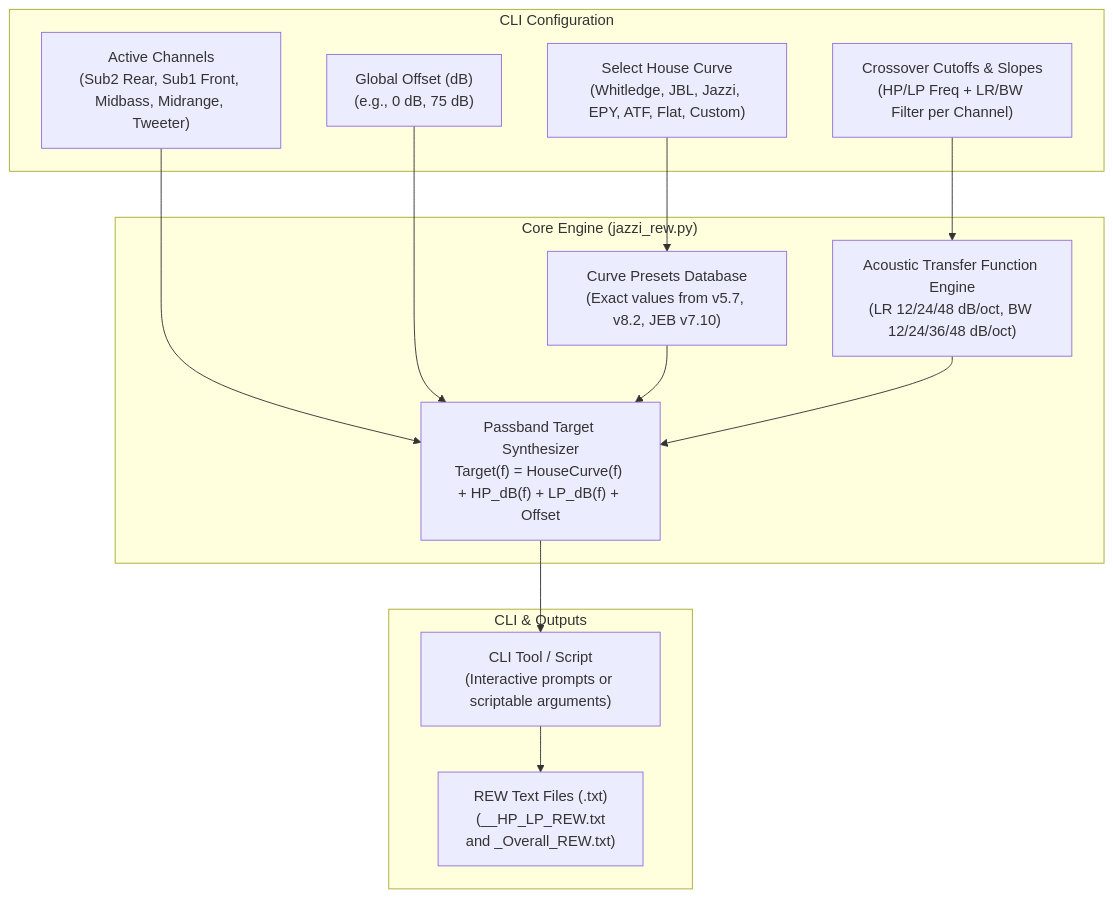
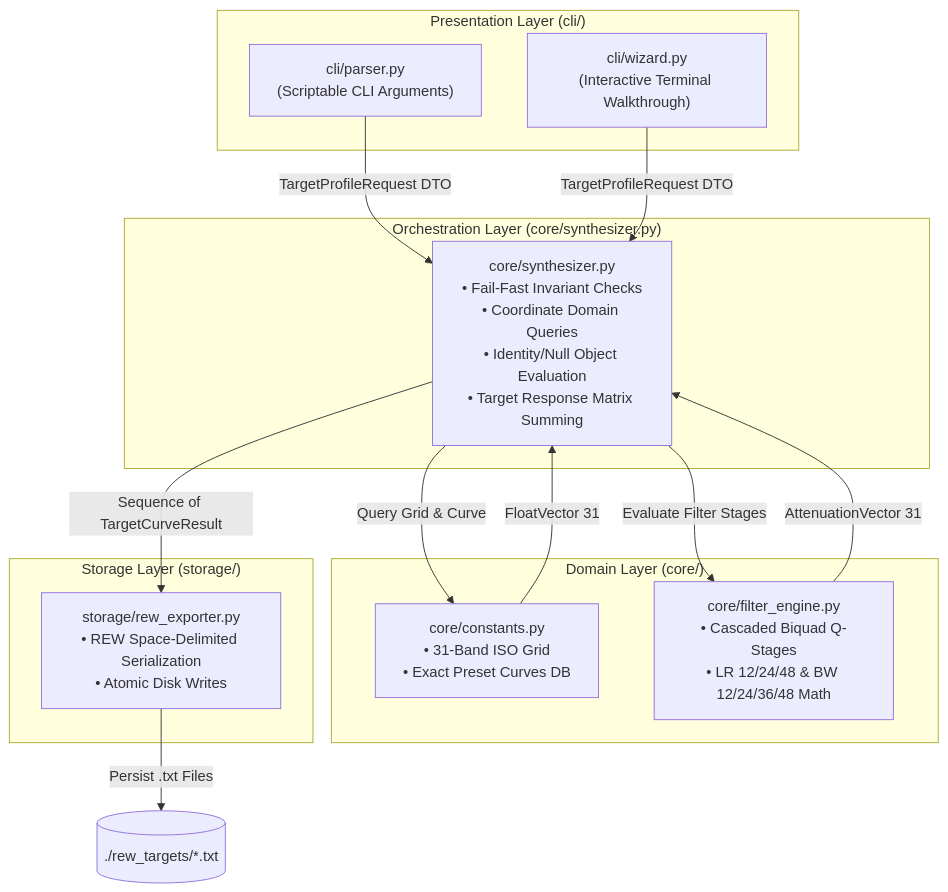
Before and after one commit to jfujitani/target-curve-generator: the diagram in implementation_plan.md, drawn with Mermaid. The commit also changed other lines of this file, not shown here.

Commit message:
docs: align implementation_plan.md with architecture and detailed design

````diff
--- a/implementation_plan.md
+++ b/implementation_plan.md
@@ -19,30 +34,31 @@
 ```mermaid
 flowchart TD
-    subgraph Input_Config ["CLI Configuration"]
-        HC["Select House Curve\n(Whitledge, JBL, Jazzi, EPY, ATF, Flat, Custom)"]
-        GO["Global Offset (dB)\n(e.g., 0 dB, 75 dB)"]
-        CO["Crossover Cutoffs & Slopes\n(HP/LP Freq + LR/BW Filter per Channel)"]
-        CH["Active Channels\n(Sub2 Rear, Sub1 Front, Midbass, Midrange, Tweeter)"]
+    subgraph Presentation_Layer ["Presentation Layer (cli/)"]
+        Parser["cli/parser.py\n(Scriptable CLI Arguments)"]
+        Wizard["cli/wizard.py\n(Interactive Terminal Walkthrough)"]
     end
 
-    subgraph Core_Engine ["Core Engine (jazzi_rew.py)"]
-        CurveDB["Curve Presets Database\n(Exact values from v5.7, v8.2, JEB v7.10)"]
-        FilterEng["Acoustic Transfer Function Engine\n(LR 12/24/48 dB/oct, BW 12/24/36/48 dB/oct)"]
-        Composer["Passband Target Synthesizer\nTarget(f) = HouseCurve(f) + HP_dB(f) + LP_dB(f) + Offset"]
+    subgraph Orchestration_Layer ["Orchestration Layer (core/synthesizer.py)"]
+        Synthesizer["core/synthesizer.py\n• Fail-Fast Invariant Checks\n• Coordinate Domain Queries\n• Identity/Null Object Evaluation\n• Target Response Matrix Summing"]
     end
 
-    subgraph Output_Interfaces ["CLI & Outputs"]
-        CLI["CLI Tool / Script\n(Interactive prompts or scriptable arguments)"]
-        REW_Files["REW Text Files (.txt)\n(<Curve>_<Channel>_HP<f>_LP<f>_REW.txt\nand <Curve>_Overall_REW.txt)"]
+    subgraph Domain_Layer ["Domain Layer (core/)"]
+        Presets["core/constants.py\n• 31-Band ISO Grid\n• Exact Preset Curves DB"]
+        FilterEng["core/filter_engine.py\n• Cascaded Biquad Q-Stages\n• LR 12/24/48 & BW 12/24/36/48 Math"]
     end
 
-    HC --> CurveDB
-    CO --> FilterEng
-    CH --> Composer
-    GO --> Composer
-    CurveDB --> Composer
-    FilterEng --> Composer
+    subgraph Storage_Layer ["Storage Layer (storage/)"]
+        Exporter["storage/rew_exporter.py\n• REW Space-Delimited Serialization\n• Atomic Disk Writes"]
+    end
 
-    Composer --> CLI
-    CLI --> REW_Files
+    Parser -->|TargetProfileRequest DTO| Synthesizer
+    Wizard -->|TargetProfileRequest DTO| Synthesizer
+
+    Synthesizer -->|Query Grid & Curve| Presets
+    Synthesizer -->|Evaluate Filter Stages| FilterEng
+    Presets -->|FloatVector 31| Synthesizer
+    FilterEng -->|AttenuationVector 31| Synthesizer
+
+    Synthesizer -->|Sequence of TargetCurveResult| Exporter
+    Exporter -->|Persist .txt Files| Disk[("./rew_targets/*.txt")]
 ```
````
